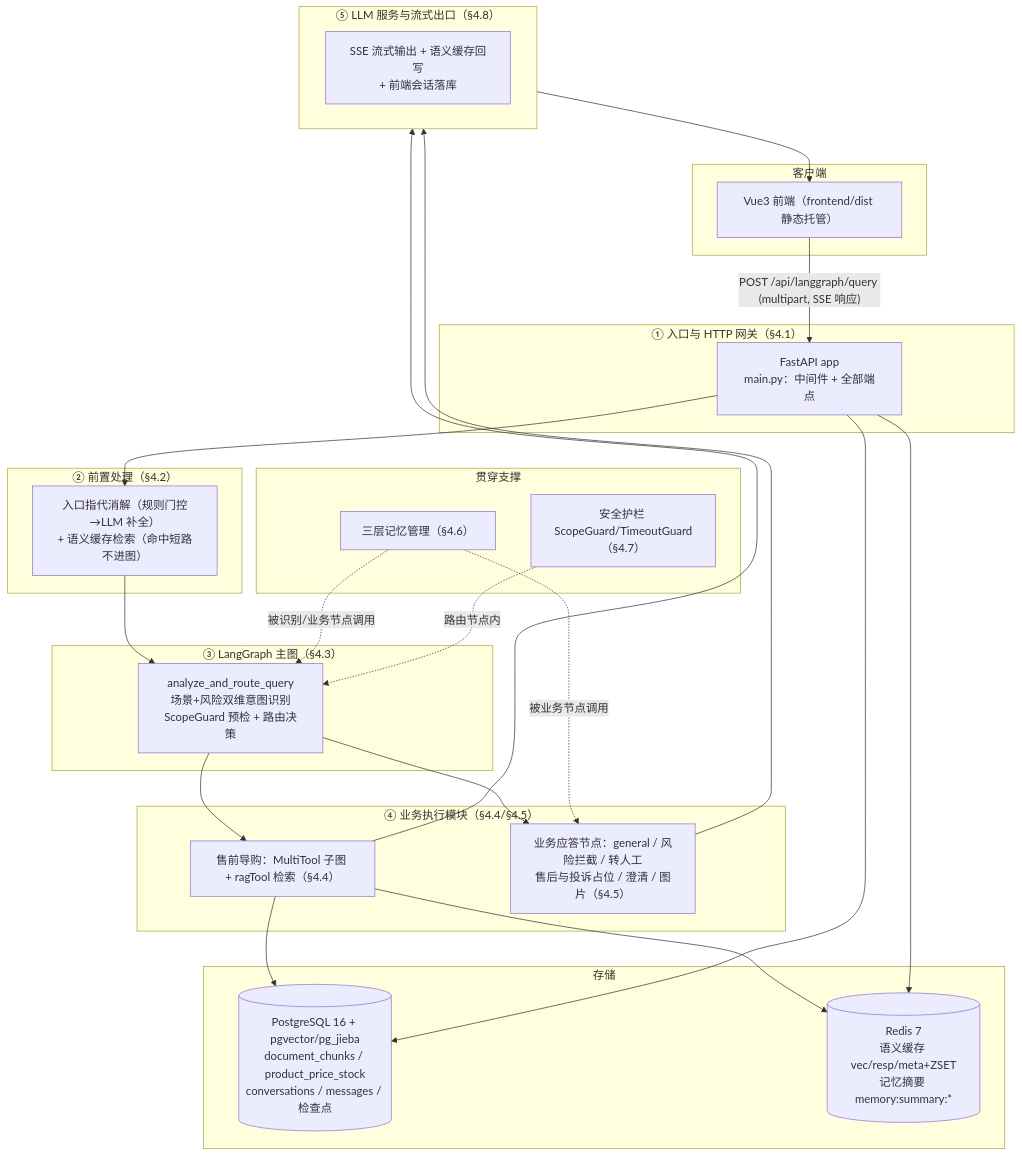
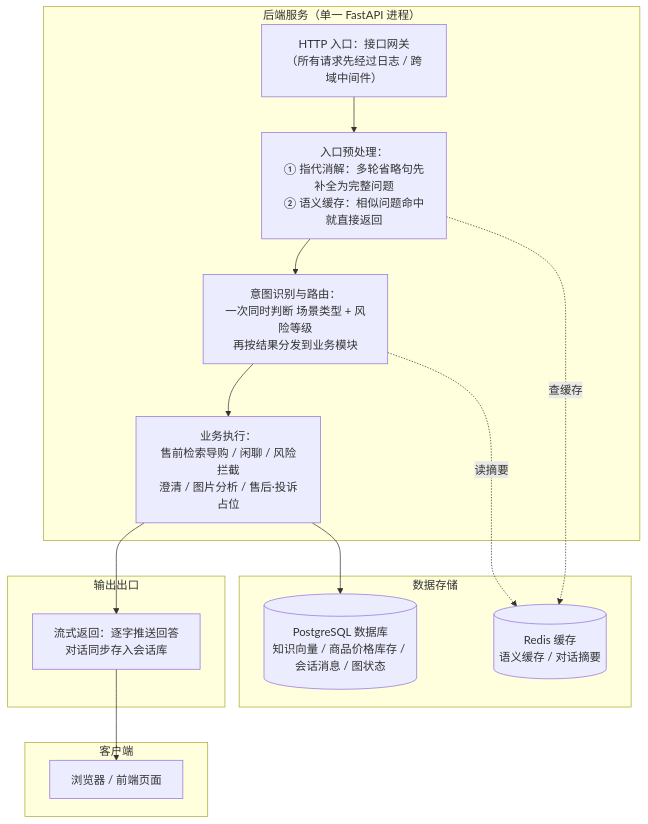
One commit to blowt16/SmartCS-Agent changed the third of 35 diagrams in docs/PROJECT_ANALYSIS.md. Above: the diagram before and after it, drawn with Mermaid. The commit also changed other lines of this file, not shown here.

Commit message:
[docs] PROJECT_ANALYSIS §4 流程图优化：全图节点加中文注释、主干化精简流程（22 张图重排 + 补 TimeoutGuard 运行图），保留关键代码实体括注，提升可读性

````diff
--- a/docs/PROJECT_ANALYSIS.md
+++ b/docs/PROJECT_ANALYSIS.md
@@ -238,52 +238,24 @@
 ```mermaid
 flowchart TB
     subgraph Client["客户端"]
-        FE["Vue3 前端（frontend/dist 静态托管）"]
+        FE["浏览器 / 前端页面"]
     end
-
-    subgraph In["① 入口与 HTTP 网关（§4.1）"]
-        API["FastAPI app<br/>main.py：中间件 + 全部端点"]
+    subgraph Backend["后端服务（单一 FastAPI 进程）"]
+        API["HTTP 入口：接口网关<br/>（所有请求先经过日志 / 跨域中间件）"]
+        PREP["入口预处理：<br/>① 指代消解：多轮省略句先补全为完整问题<br/>② 语义缓存：相似问题命中就直接返回"]
+        ROUTER["意图识别与路由：<br/>一次同时判断 场景类型 + 风险等级<br/>再按结果分发到业务模块"]
+        BIZ["业务执行：<br/>售前检索导购 / 闲聊 / 风险拦截<br/>澄清 / 图片分析 / 售后·投诉占位"]
+        API --> PREP --> ROUTER --> BIZ
     end
-
-    subgraph Pre["② 前置处理（§4.2）"]
-        PREP["入口指代消解（规则门控→LLM 补全）<br/>+ 语义缓存检索（命中短路不进图）"]
+    subgraph Out["输出出口"]
+        SSE["流式返回：逐字推送回答<br/>对话同步存入会话库"]
     end
-
-    subgraph Graph["③ LangGraph 主图（§4.3）"]
-        ROUTER["analyze_and_route_query<br/>场景+风险双维意图识别<br/>ScopeGuard 预检 + 路由决策"]
+    subgraph Store["数据存储"]
+        PG[("PostgreSQL 数据库<br/>知识向量 / 商品价格库存 / 会话消息 / 图状态")]
+        REDIS[("Redis 缓存<br/>语义缓存 / 对话摘要")]
     end
-
-    subgraph Biz["④ 业务执行模块（§4.4/§4.5）"]
-        PRESALE["售前导购：MultiTool 子图 + ragTool 检索（§4.4）"]
-        NODES["业务应答节点：general / 风险拦截 / 转人工<br/>售后与投诉占位 / 澄清 / 图片（§4.5）"]
-    end
-
-    subgraph Out["⑤ LLM 服务与流式出口（§4.8）"]
-        SSE["SSE 流式输出 + 语义缓存回写<br/>+ 前端会话落库"]
-    end
-
-    subgraph Sup["贯穿支撑"]
-        MEM["三层记忆管理（§4.6）"]
-        GUARD["安全护栏 ScopeGuard/TimeoutGuard（§4.7）"]
-    end
-
-    subgraph Store["存储"]
-        PG[("PostgreSQL 16 + pgvector/pg_jieba<br/>document_chunks / product_price_stock<br/>conversations / messages / 检查点")]
-        REDIS[("Redis 7<br/>语义缓存 vec/resp/meta+ZSET<br/>记忆摘要 memory:summary:*")]
-    end
-
-    FE -->|"POST /api/langgraph/query (multipart, SSE 响应)"| API
-    API --> PREP
-    PREP --> ROUTER
-    ROUTER --> PRESALE & NODES
-    MEM -.被识别/业务节点调用.-> ROUTER
-    MEM -.被业务节点调用.-> NODES
-    GUARD -.路由节点内.-> ROUTER
-    PRESALE --> Out
-    NODES --> Out
-    Out --> FE
-    PRESALE --> PG
-    PRESALE --> REDIS
-    API --> PG
-    API --> REDIS
+    BIZ --> SSE --> FE
+    PREP -.查缓存.-> REDIS
+    ROUTER -.读摘要.-> REDIS
+    BIZ --> PG
 ```
````
